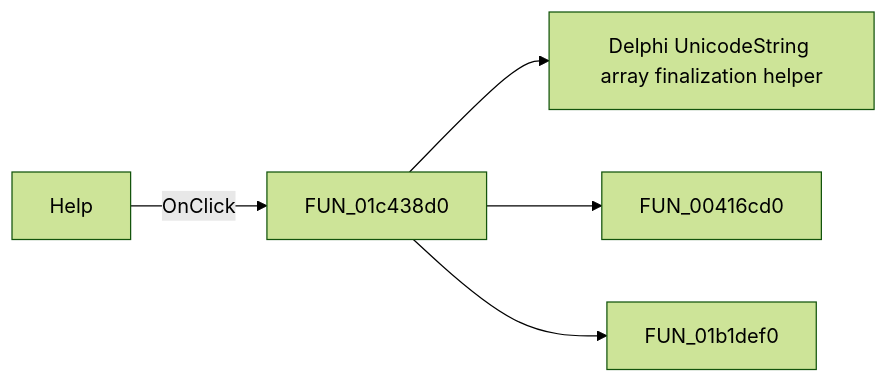
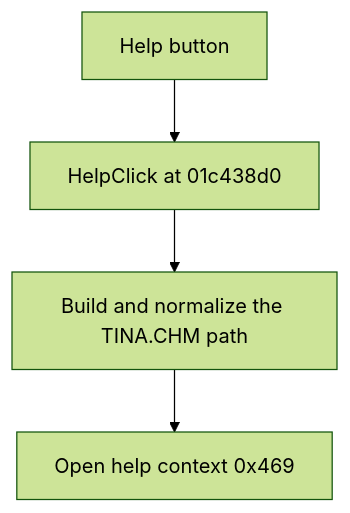
Before and after one commit to MovGP0/TIARA: the diagram in docs/ui-controls/fmacrowiz/help-996338c095.md, drawn with Mermaid (forest theme). The commit also changed other lines of this file and 387 other files, not shown here.

````diff
--- a/docs/ui-controls/fmacrowiz/help-996338c095.md
+++ b/docs/ui-controls/fmacrowiz/help-996338c095.md
@@ -27,7 +20,6 @@
 ```mermaid
-flowchart LR
-    control["Help"] -->|OnClick| handler["FUN_01c438d0"]
-    handler --> call1["Delphi UnicodeString array finalization helper"]
-    handler --> call2["FUN_00416cd0"]
-    handler --> call3["FUN_01b1def0"]
+flowchart TD
+    control["Help button"] --> handler["HelpClick at 01c438d0"]
+    handler --> path["Build and normalize the TINA.CHM path"]
+    path --> request["Open help context 0x469"]
 ```
````
